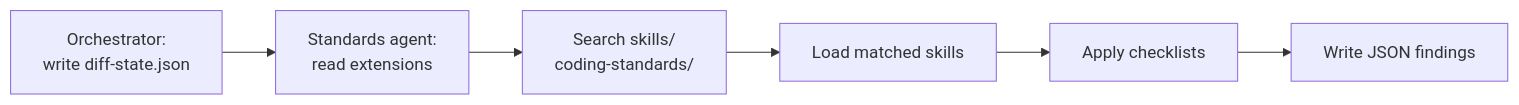
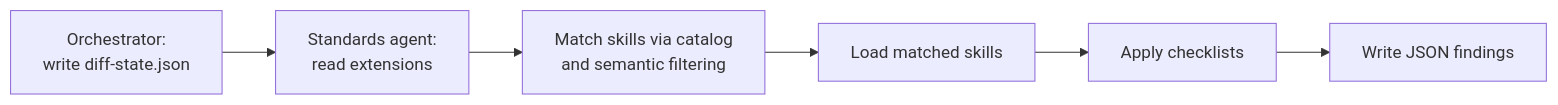
The first of 3 diagrams in docs/agents/code-review/language-skills.md (microsoft/hve-core), drawn with Mermaid before and after one commit. The commit also changed other lines of this file, not shown here.

Commit message:
align language-skills.md with semantic skill selection

````diff
--- a/docs/agents/code-review/language-skills.md
+++ b/docs/agents/code-review/language-skills.md
@@ -34,8 +34,8 @@
 ```mermaid
 flowchart LR
   A["Orchestrator:<br/>write diff-state.json"] --> B["Standards agent:<br/>read extensions"]
-  B --> C["Search skills/<br/>coding-standards/"]
+  B --> C["Match skills via catalog<br/>and semantic filtering"]
   C --> D["Load matched skills"]
   D --> E["Apply checklists"]
   E --> F["Write JSON findings"]
 ```
````
